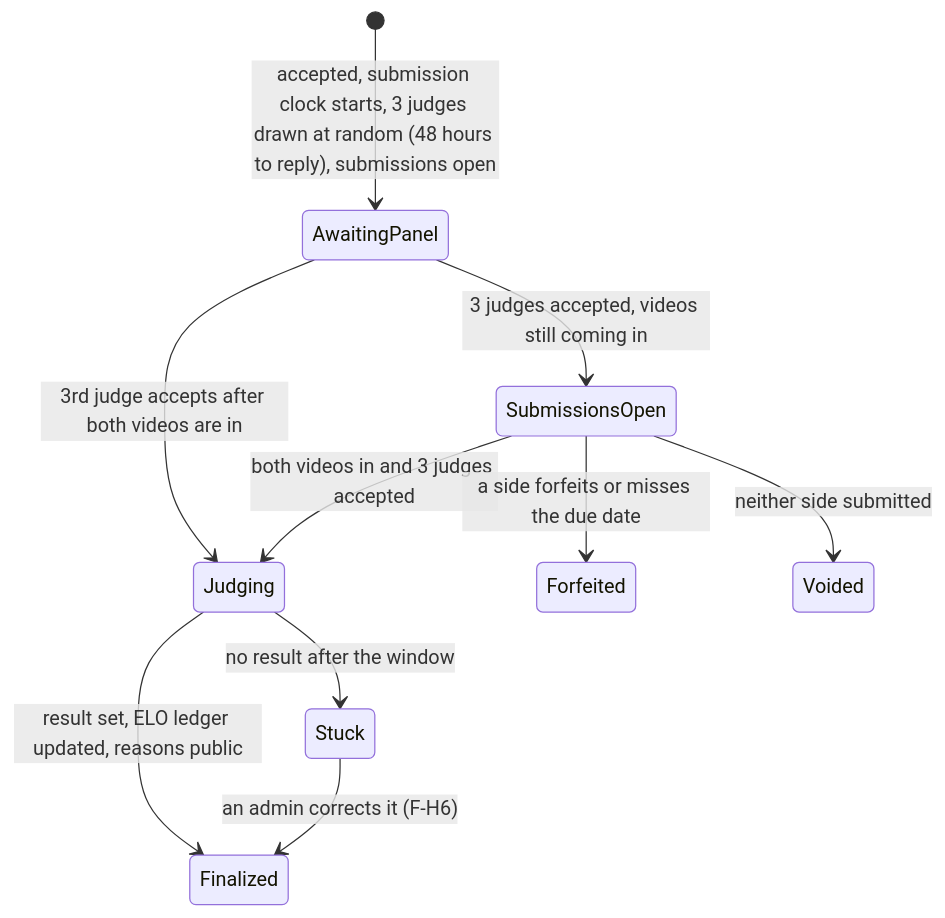
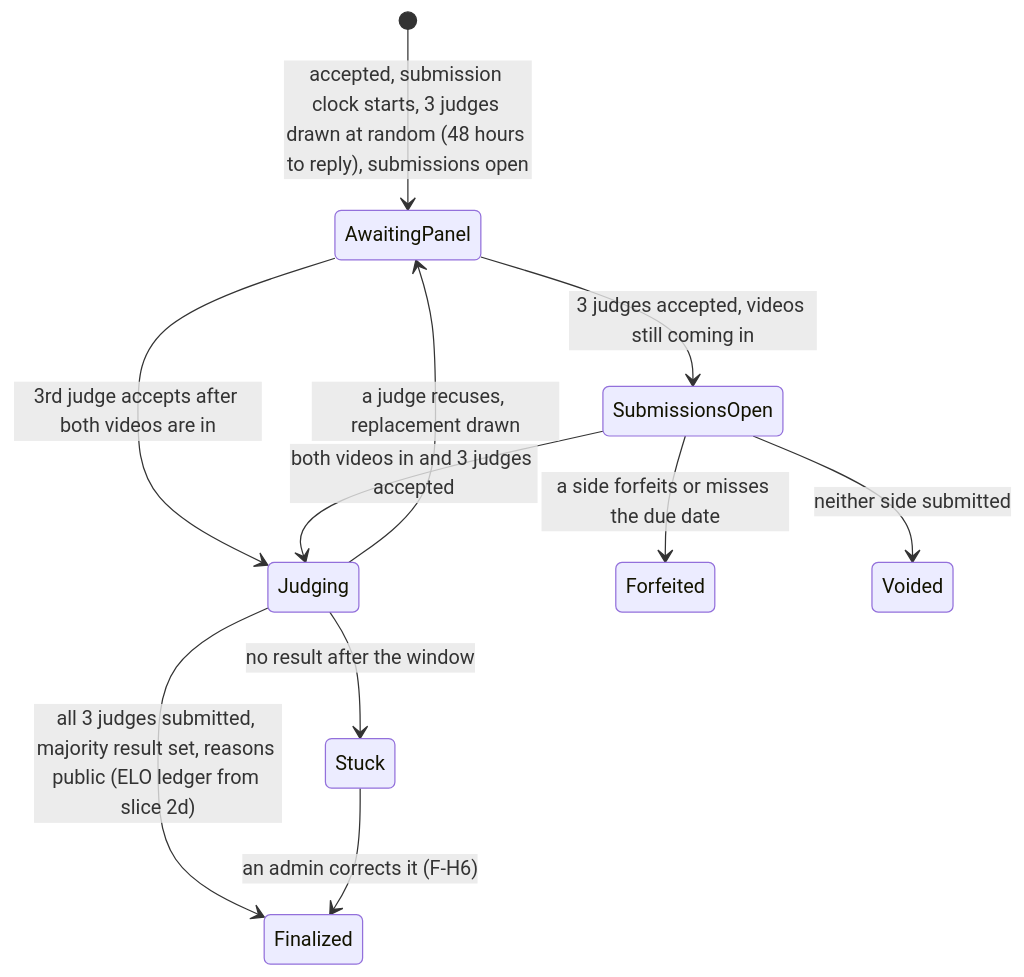
Before and after one commit to Vioh-code/glovesup.tv: the second of 4 diagrams in docs/03-state-flows.md, drawn with Mermaid. The commit also changed other lines of this file and 18 other files, not shown here.

First line of the commit message:
F-C4, F-C5, S-J1, S-J2, S-B4, S-M1: judging, 2-of-3 majority, finalize without ELO, recusal (slice 2c-2)

````diff
--- a/docs/03-state-flows.md
+++ b/docs/03-state-flows.md
@@ -41,12 +41,13 @@
 ```mermaid
 stateDiagram-v2
   [*] --> AwaitingPanel: accepted, submission clock starts, 3 judges drawn at random (48 hours to reply), submissions open
   AwaitingPanel --> SubmissionsOpen: 3 judges accepted, videos still coming in
   AwaitingPanel --> Judging: 3rd judge accepts after both videos are in
   SubmissionsOpen --> Judging: both videos in and 3 judges accepted
-  Judging --> Finalized: result set, ELO ledger updated, reasons public
+  Judging --> AwaitingPanel: a judge recuses, replacement drawn
+  Judging --> Finalized: all 3 judges submitted, majority result set, reasons public (ELO ledger from slice 2d)
   SubmissionsOpen --> Forfeited: a side forfeits or misses the due date
   SubmissionsOpen --> Voided: neither side submitted
   Judging --> Stuck: no result after the window
   Stuck --> Finalized: an admin corrects it (F-H6)
 ```
````
